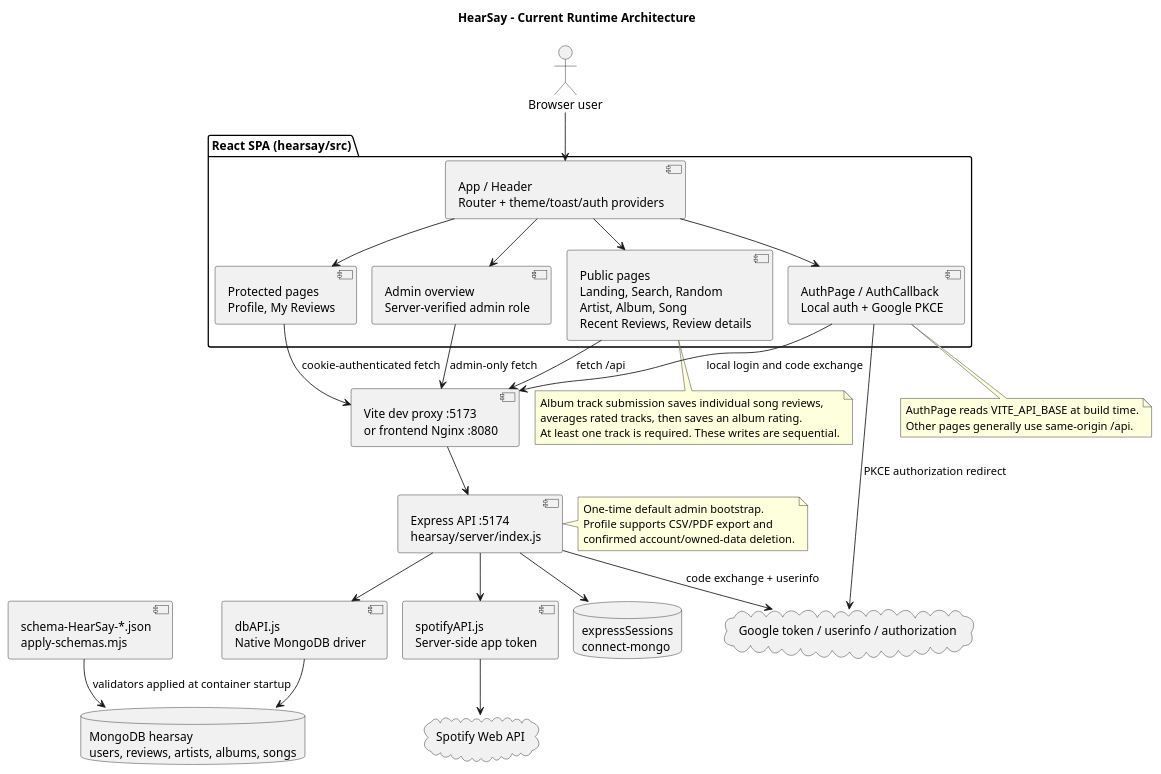
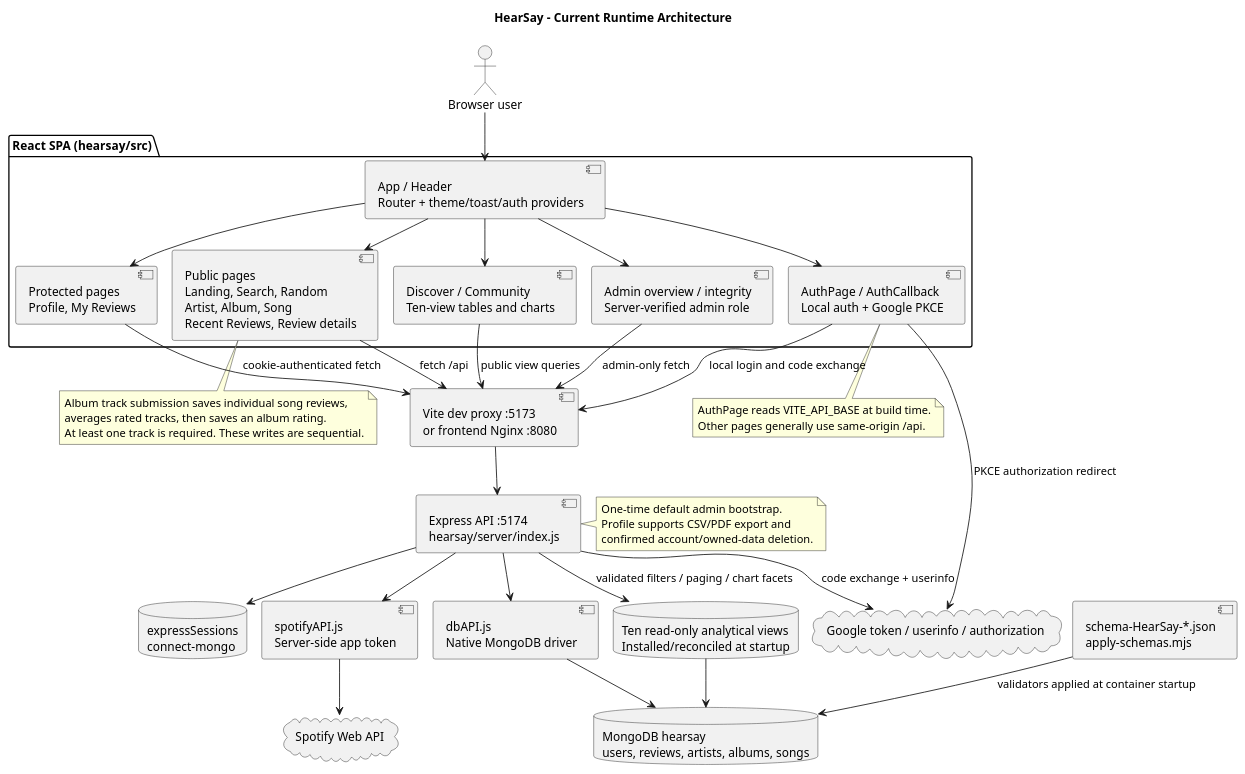
The diagram in docs/site-diagram.puml (Data-strucures-finalProject/HearSay), drawn with PlantUML before and after one commit. The commit also changed 32 other files, not shown here.

First line of the commit message:
feat: integrate analytical views and fix light/dark UI

```diff
--- a/docs/site-diagram.puml
+++ b/docs/site-diagram.puml
@@ -1,53 +1,59 @@
 @startuml HearSayCurrent
 !pragma layout smetana
 title HearSay - Current Runtime Architecture
 actor "Browser user" as User
 package "React SPA (hearsay/src)" {
   component "App / Header\nRouter + theme/toast/auth providers" as App
   component "Public pages\nLanding, Search, Random\nArtist, Album, Song\nRecent Reviews, Review details" as Public
   component "Protected pages\nProfile, My Reviews" as Protected
-  component "Admin overview\nServer-verified admin role" as Admin
+  component "Admin overview / integrity\nServer-verified admin role" as Admin
+  component "Discover / Community\nTen-view tables and charts" as Insights
   component "AuthPage / AuthCallback\nLocal auth + Google PKCE" as Auth
 }
 component "Vite dev proxy :5173\nor frontend Nginx :8080" as Proxy
 component "Express API :5174\nhearsay/server/index.js" as API
 component "dbAPI.js\nNative MongoDB driver" as DBAPI
 component "spotifyAPI.js\nServer-side app token" as SpotifyAPI
 database "MongoDB hearsay\nusers, reviews, artists, albums, songs" as Data
 database "expressSessions\nconnect-mongo" as Sessions
+database "Ten read-only analytical views\nInstalled/reconciled at startup" as Views
 cloud "Spotify Web API" as Spotify
 cloud "Google token / userinfo / authorization" as Google
 component "schema-HearSay-*.json\napply-schemas.mjs" as Schemas
 User --> App
 App --> Public
 App --> Protected
 App --> Admin
+App --> Insights
+Insights --> Proxy : public view queries
 App --> Auth
 Public --> Proxy : fetch /api
 Protected --> Proxy : cookie-authenticated fetch
 Admin --> Proxy : admin-only fetch
 Auth --> Proxy : local login and code exchange
 Auth --> Google : PKCE authorization redirect
 Proxy --> API
 API --> DBAPI
 DBAPI --> Data
+API --> Views : validated filters / paging / chart facets
+Views --> Data
 API --> Sessions
 note right of API
  One-time default admin bootstrap.
  Profile supports CSV/PDF export and
  confirmed account/owned-data deletion.
 end note
 API --> SpotifyAPI
 SpotifyAPI --> Spotify
 API --> Google : code exchange + userinfo
 Schemas --> Data : validators applied at container startup
 note bottom of Public
  Album track submission saves individual song reviews,
  averages rated tracks, then saves an album rating.
  At least one track is required. These writes are sequential.
 end note
 note bottom of Auth
  AuthPage reads VITE_API_BASE at build time.
  Other pages generally use same-origin /api.
 end note
 @enduml
```
